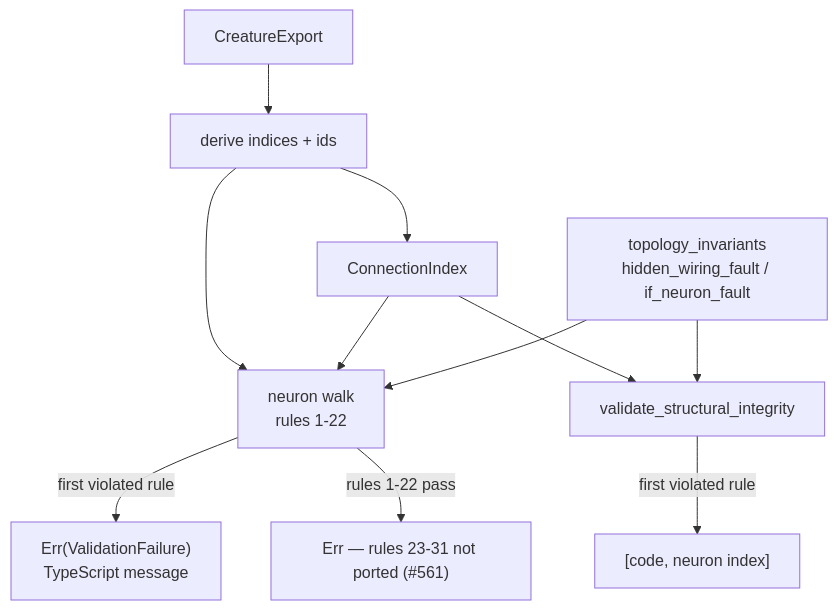
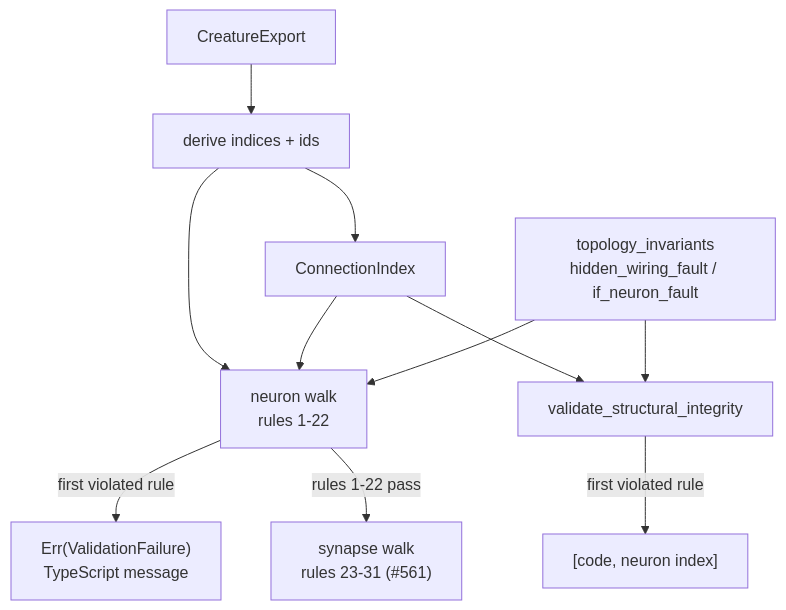
Before and after one commit to stSoftwareAU/NEAT-AI-core: the tenth of 15 diagrams in README.md, drawn with Mermaid. The commit also changed other lines of this file and 7 other files, not shown here.

First line of the commit message:
creature_validate: port the synapse-level, forwardOnly and memetic rules to Rust (Issue #561) (#565)

````diff
--- a/README.md
+++ b/README.md
@@ -611,13 +611,13 @@
 ```mermaid
 flowchart TD
     CE["CreatureExport"] --> D["derive indices + ids"]
     D --> W["neuron walk<br/>rules 1-22"]
     D --> CI["ConnectionIndex"]
     CI --> W
     CI --> VSI["validate_structural_integrity"]
     SI["topology_invariants<br/>hidden_wiring_fault / if_neuron_fault"] --> W
     SI --> VSI
     W -->|"first violated rule"| F["Err(ValidationFailure)<br/>TypeScript message"]
     VSI -->|"first violated rule"| C["[code, neuron index]"]
-    W -->|"rules 1-22 pass"| N["Err — rules 23-31 not ported (#561)"]
+    W -->|"rules 1-22 pass"| N["synapse walk<br/>rules 23-31 (#561)"]
 ```
````
